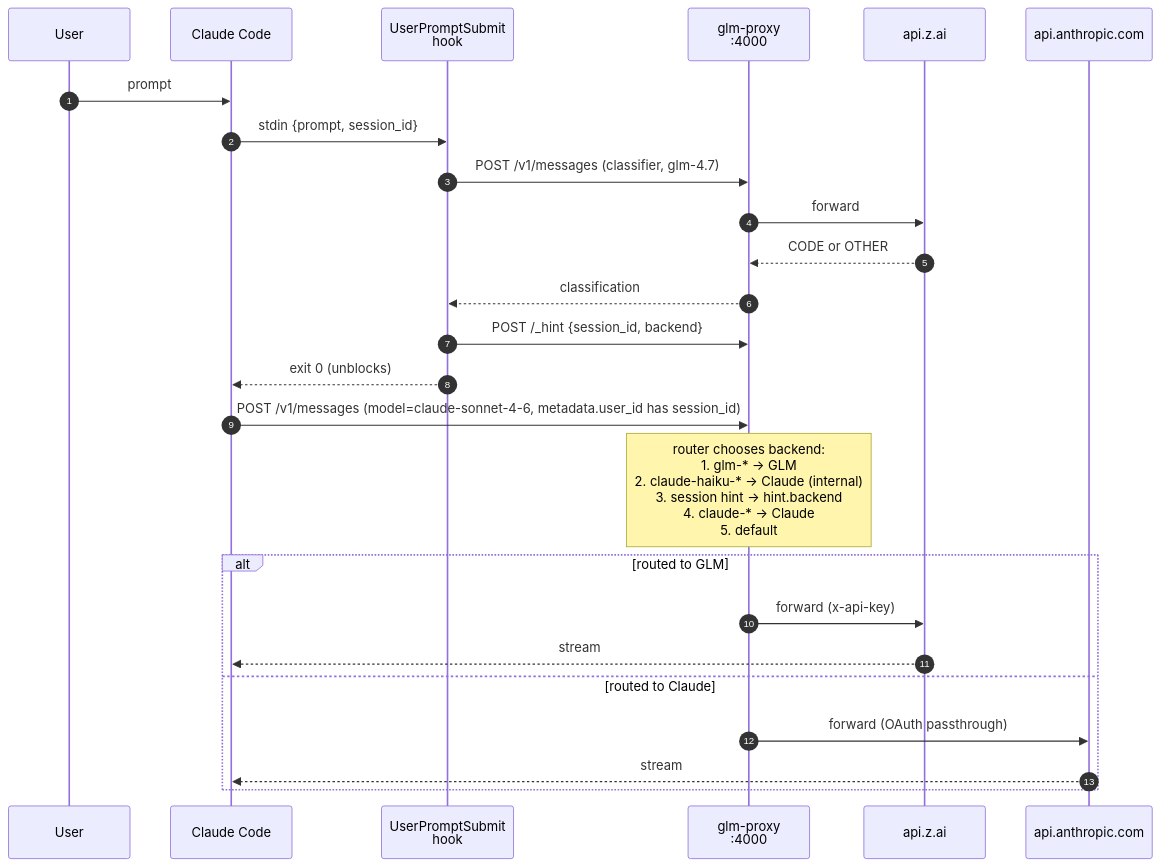
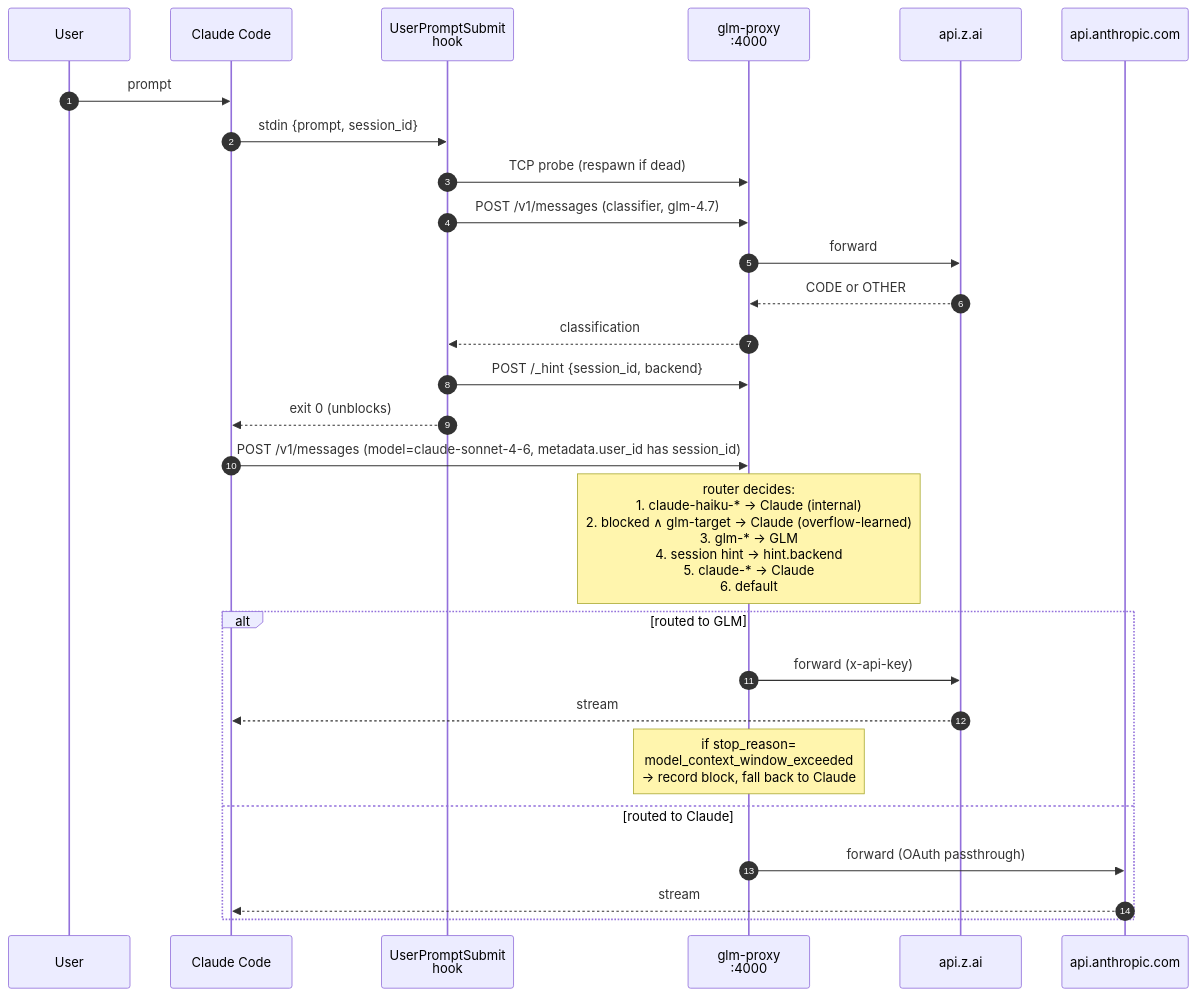
Before and after one commit to pyy0715/glm-plugin-cc: the diagram in README.md, drawn with Mermaid. The commit also changed other lines of this file, not shown here.

````diff
--- a/README.md
+++ b/README.md
@@ -7,28 +61,30 @@
 ```mermaid
 sequenceDiagram
     autonumber
     participant U as User
     participant CC as Claude Code
     participant H as UserPromptSubmit<br/>hook
     participant P as glm-proxy<br/>:4000
     participant GLM as api.z.ai
     participant AN as api.anthropic.com
 
     U->>CC: prompt
     CC->>H: stdin {prompt, session_id}
+    H->>P: TCP probe (respawn if dead)
     H->>P: POST /v1/messages (classifier, glm-4.7)
     P->>GLM: forward
     GLM-->>P: CODE or OTHER
     P-->>H: classification
     H->>P: POST /_hint {session_id, backend}
     H-->>CC: exit 0 (unblocks)
     CC->>P: POST /v1/messages (model=claude-sonnet-4-6, metadata.user_id has session_id)
-    Note over P: router chooses backend:<br/>1. glm-*             → GLM<br/>2. claude-haiku-*    → Claude (internal)<br/>3. session hint      → hint.backend<br/>4. claude-*          → Claude<br/>5. default
+    Note over P: router decides:<br/>1. claude-haiku-*   → Claude (internal)<br/>2. blocked ∧ glm-target → Claude (overflow-learned)<br/>3. glm-*             → GLM<br/>4. session hint      → hint.backend<br/>5. claude-*          → Claude<br/>6. default
     alt routed to GLM
         P->>GLM: forward (x-api-key)
         GLM-->>CC: stream
+        Note over P: if stop_reason=<br/>model_context_window_exceeded<br/>→ record block, fall back to Claude
     else routed to Claude
         P->>AN: forward (OAuth passthrough)
         AN-->>CC: stream
     end
 ```
````
